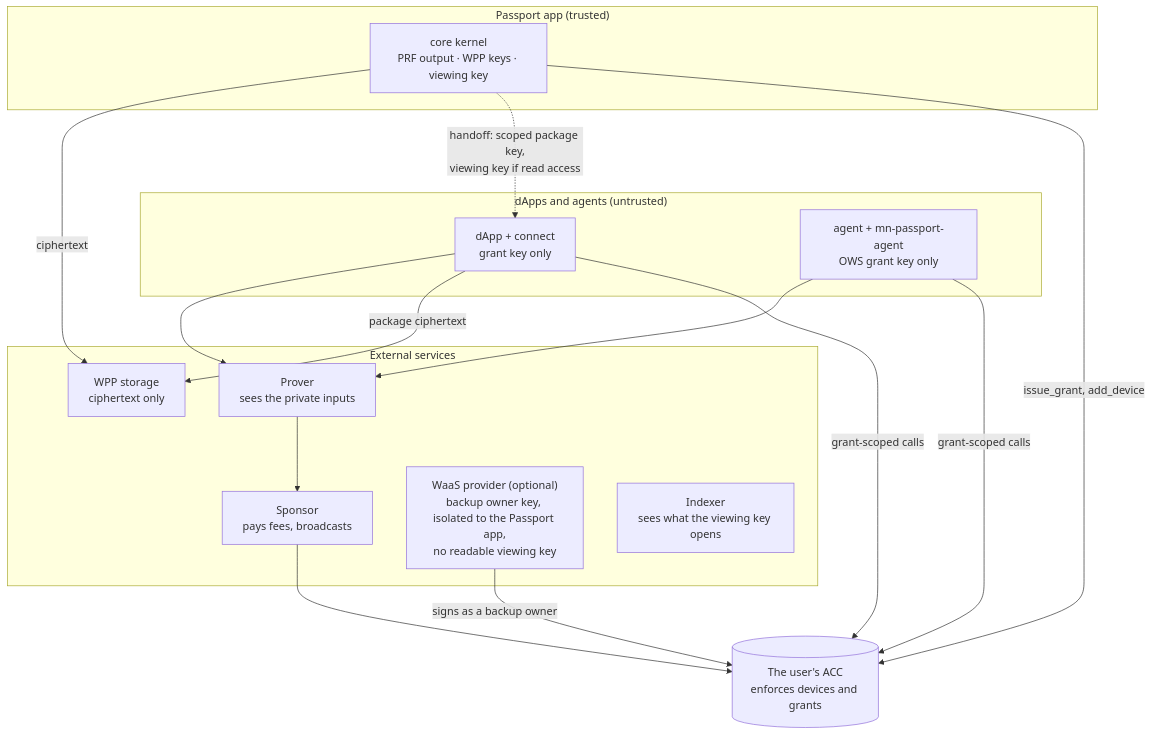
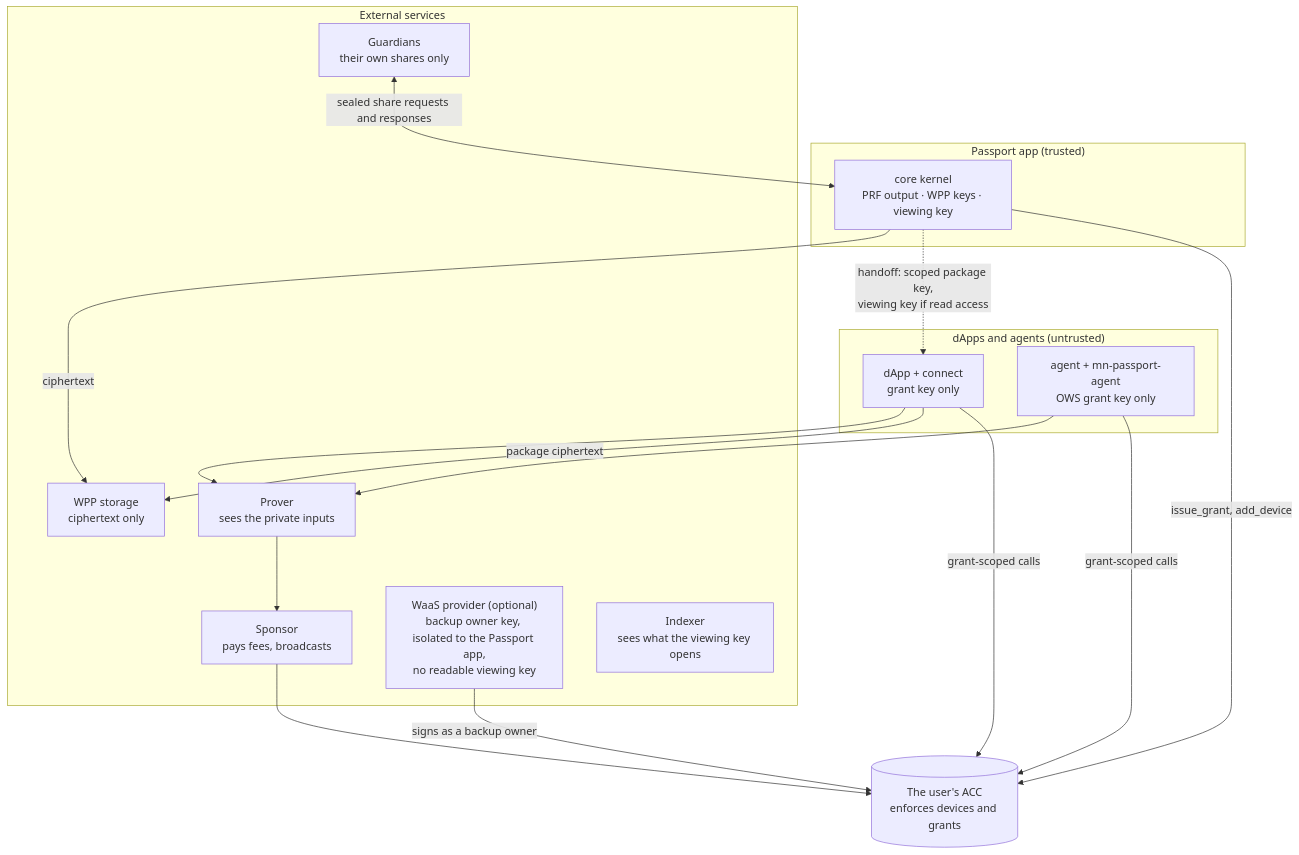
The diagram in docs/architecture.md (midnightntwrk/midnight-passport-sdk), drawn with Mermaid before and after one commit. The commit also changed other lines of this file and 1 other file, not shown here.

First line of the commit message:
docs: add guardian account recovery to the architecture

````diff
--- a/docs/architecture.md
+++ b/docs/architecture.md
@@ -281,30 +287,32 @@
 ```mermaid
 flowchart TB
   subgraph APP["Passport app (trusted)"]
     KERNEL["core kernel<br/>PRF output · WPP keys · viewing key"]
   end
   subgraph CLIENTS["dApps and agents (untrusted)"]
     DAPP["dApp + connect<br/>grant key only"]
     AGENT["agent + mn-passport-agent<br/>OWS grant key only"]
   end
   subgraph EXT["External services"]
     PROVER["Prover<br/>sees the private inputs"]
     SPONSOR["Sponsor<br/>pays fees, broadcasts"]
     WAAS["WaaS provider (optional)<br/>backup owner key, isolated to the Passport app,<br/>no readable viewing key"]
     WPP["WPP storage<br/>ciphertext only"]
     IDX["Indexer<br/>sees what the viewing key opens"]
+    GUARD["Guardians<br/>their own shares only"]
   end
   ACC[("The user's ACC<br/>enforces devices and grants")]
 
   KERNEL -->|"issue_grant, add_device"| ACC
   KERNEL -.->|"handoff: scoped package key,<br/>viewing key if read access"| DAPP
   KERNEL -->|"ciphertext"| WPP
   DAPP -->|"grant-scoped calls"| ACC
   AGENT -->|"grant-scoped calls"| ACC
   DAPP -->|"package ciphertext"| WPP
+  GUARD <-->|"sealed share requests and responses"| KERNEL
   DAPP --> PROVER
   AGENT --> PROVER
   PROVER --> SPONSOR
   SPONSOR --> ACC
   WAAS -->|"signs as a backup owner"| ACC
 ```
````
